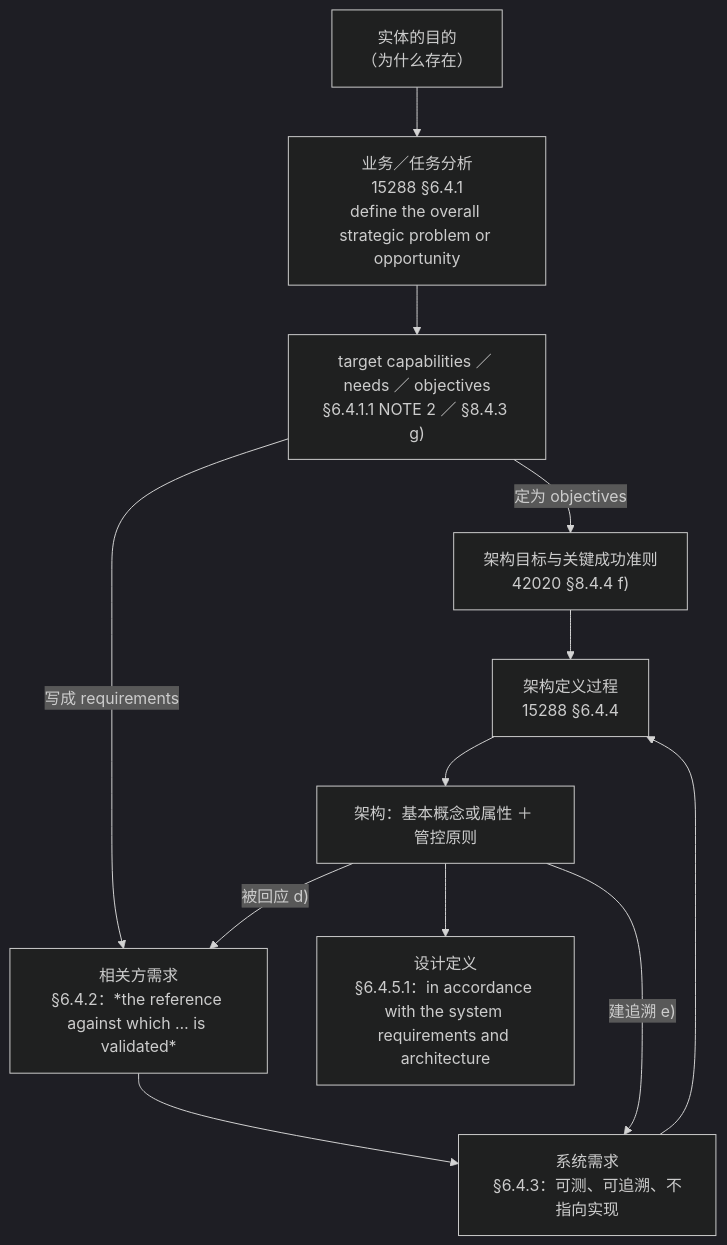
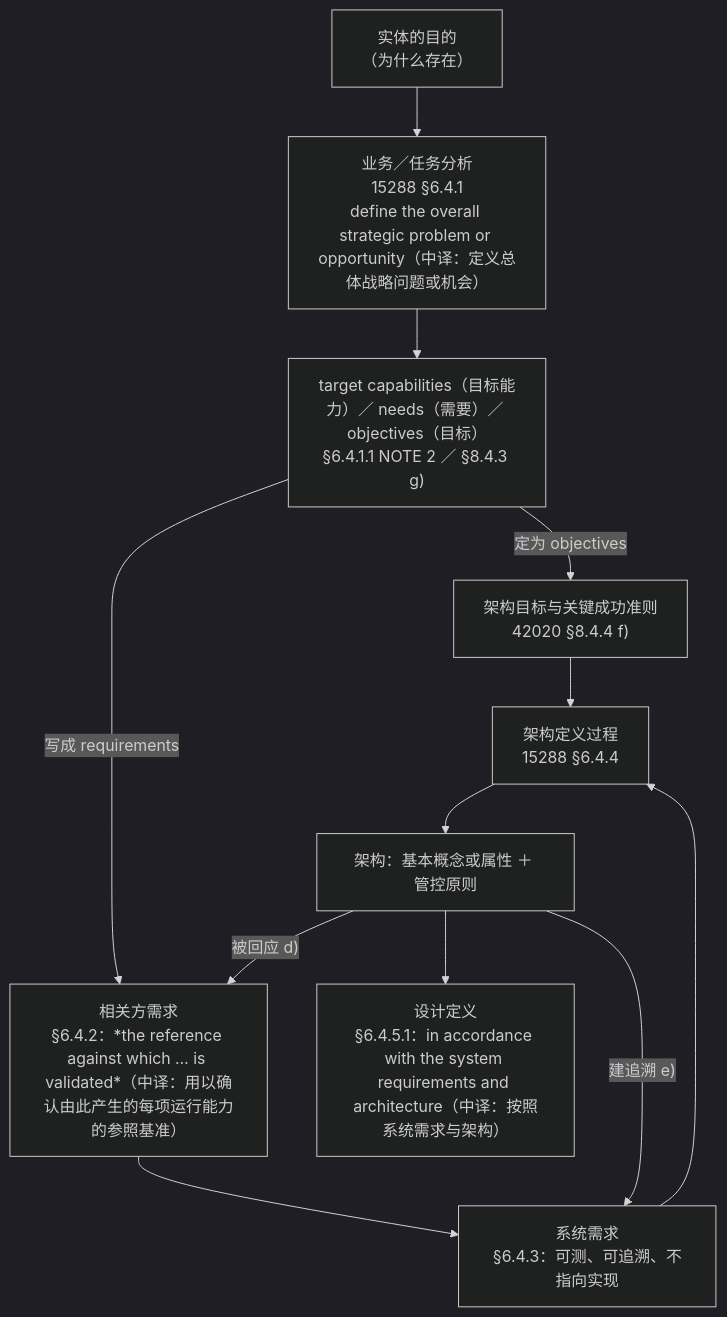
The third of 9 diagrams in 100-subprojects/01-系统工程研究/00-系统工程相关研究报告/35-架构定义与视图设计研究报告-从意义目的到产品数据与四案例.md (Yongjunzhou/AOS-system-design), drawn with Mermaid (dark theme) before and after one commit. The commit also changed other lines of this file, not shown here.

First line of the commit message:
教材侧·35 号补中译：报告 35 号升 v1.5（273 处「（中译：…）」＋19 个缩写首现全称＋7 幅 mermaid 补译）

````diff
--- a/100-subprojects/01-系统工程研究/00-系统工程相关研究报告/35-架构定义与视图设计研究报告-从意义目的到产品数据与四案例.md
+++ b/100-subprojects/01-系统工程研究/00-系统工程相关研究报告/35-架构定义与视图设计研究报告-从意义目的到产品数据与四案例.md
@@ -213,14 +214,14 @@
 ```mermaid
 flowchart TD
-    P["实体的目的<br/>（为什么存在）"] --> BM["业务／任务分析<br/>15288 §6.4.1<br/>define the overall strategic problem or opportunity"]
-    BM --> TC["target capabilities ／ needs ／ objectives<br/>§6.4.1.1 NOTE 2 ／ §8.4.3 g)"]
+    P["实体的目的<br/>（为什么存在）"] --> BM["业务／任务分析<br/>15288 §6.4.1<br/>define the overall strategic problem or opportunity（中译：定义总体战略问题或机会）"]
+    BM --> TC["target capabilities（目标能力）／ needs（需要）／ objectives（目标）<br/>§6.4.1.1 NOTE 2 ／ §8.4.3 g)"]
     TC -->|"定为 objectives"| AO["架构目标与关键成功准则<br/>42020 §8.4.4 f)"]
-    TC -->|"写成 requirements"| SN["相关方需求<br/>§6.4.2：*the reference against which … is validated*"]
+    TC -->|"写成 requirements"| SN["相关方需求<br/>§6.4.2：*the reference against which … is validated*（中译：用以确认由此产生的每项运行能力的参照基准）"]
     SN --> SR["系统需求<br/>§6.4.3：可测、可追溯、不指向实现"]
     AO --> AR["架构定义过程<br/>15288 §6.4.4"]
     SR --> AR
     AR --> ARC["架构：基本概念或属性 ＋ 管控原则"]
     ARC -->|"被回应 d)"| SN
     ARC -->|"建追溯 e)"| SR
-    ARC --> DD["设计定义<br/>§6.4.5.1：in accordance with the system requirements and architecture"]
+    ARC --> DD["设计定义<br/>§6.4.5.1：in accordance with the system requirements and architecture（中译：按照系统需求与架构）"]
 ```
````
